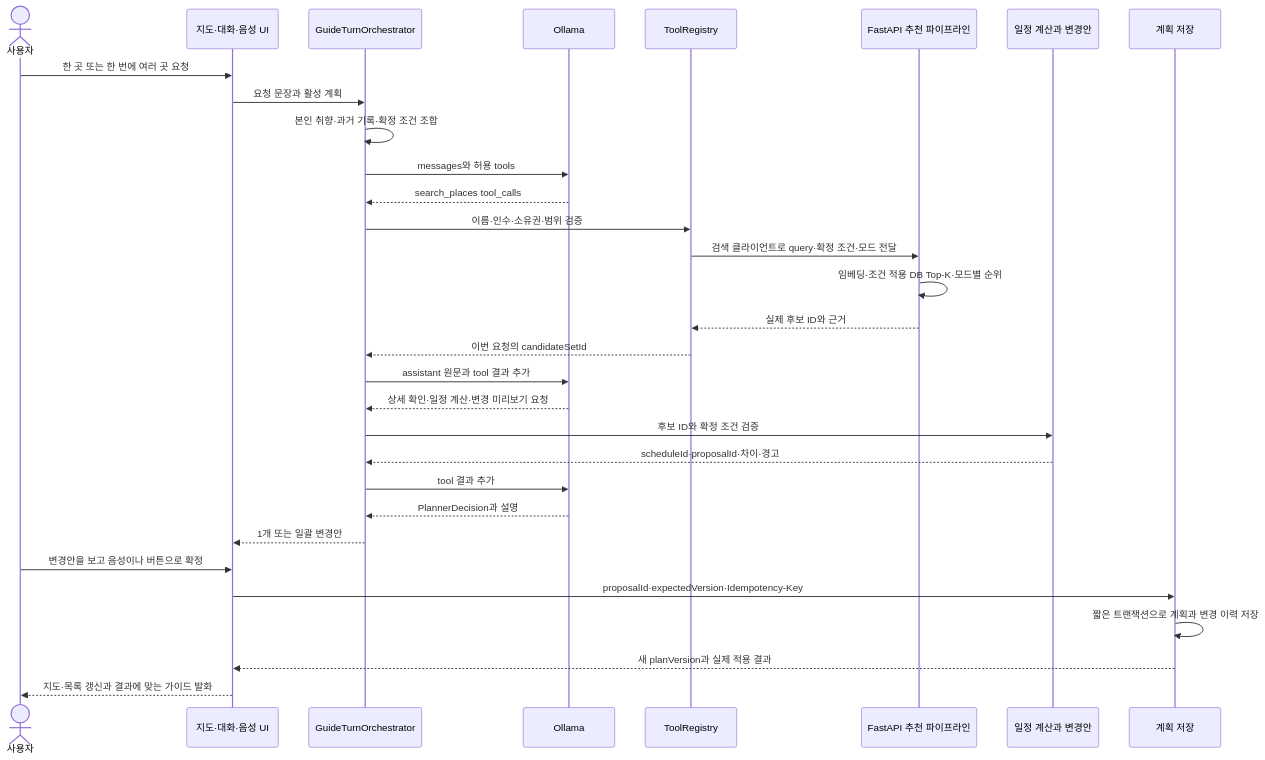
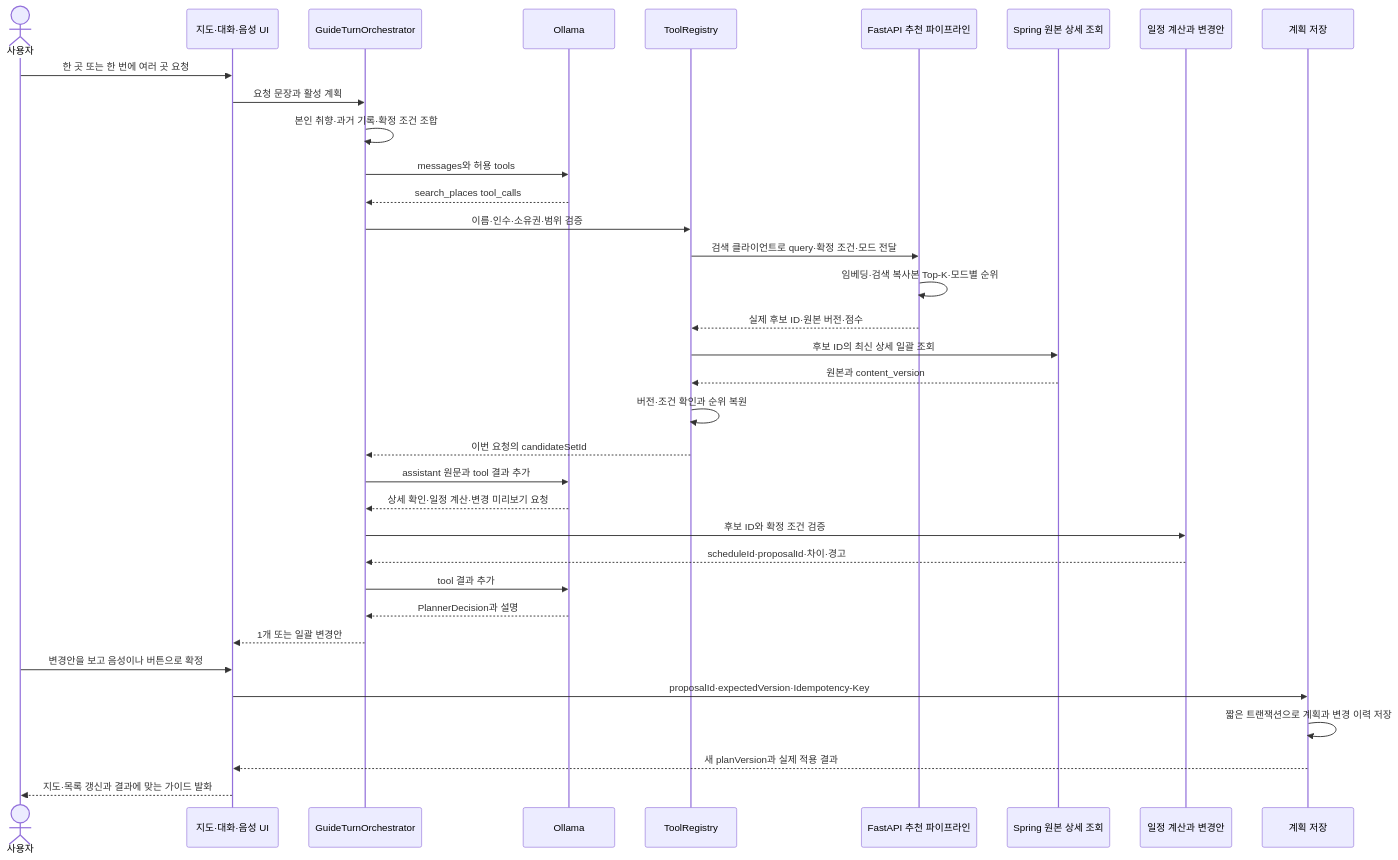
The fifth of 7 diagrams in docs/architecture/personal-tour-guide.md (yollo4179/TravelMate), drawn with Mermaid before and after one commit. The commit also changed other lines of this file and 7 other files, not shown here.

````diff
--- a/docs/architecture/personal-tour-guide.md
+++ b/docs/architecture/personal-tour-guide.md
@@ -192,33 +210,37 @@
 ```mermaid
 sequenceDiagram
     actor User as 사용자
     participant App as 지도·대화·음성 UI
     participant Server as GuideTurnOrchestrator
     participant LLM as Ollama
     participant Tools as ToolRegistry
     participant Search as FastAPI 추천 파이프라인
+    participant Source as Spring 원본 상세 조회
     participant Preview as 일정 계산과 변경안
     participant Store as 계획 저장
     User->>App: 한 곳 또는 한 번에 여러 곳 요청
     App->>Server: 요청 문장과 활성 계획
     Server->>Server: 본인 취향·과거 기록·확정 조건 조합
     Server->>LLM: messages와 허용 tools
     LLM-->>Server: search_places tool_calls
     Server->>Tools: 이름·인수·소유권·범위 검증
     Tools->>Search: 검색 클라이언트로 query·확정 조건·모드 전달
-    Search->>Search: 임베딩·조건 적용 DB Top-K·모드별 순위
-    Search-->>Tools: 실제 후보 ID와 근거
+    Search->>Search: 임베딩·검색 복사본 Top-K·모드별 순위
+    Search-->>Tools: 실제 후보 ID·원본 버전·점수
+    Tools->>Source: 후보 ID의 최신 상세 일괄 조회
+    Source-->>Tools: 원본과 content_version
+    Tools->>Tools: 버전·조건 확인과 순위 복원
     Tools-->>Server: 이번 요청의 candidateSetId
     Server->>LLM: assistant 원문과 tool 결과 추가
     LLM-->>Server: 상세 확인·일정 계산·변경 미리보기 요청
     Server->>Preview: 후보 ID와 확정 조건 검증
     Preview-->>Server: scheduleId·proposalId·차이·경고
     Server->>LLM: tool 결과 추가
     LLM-->>Server: PlannerDecision과 설명
     Server-->>App: 1개 또는 일괄 변경안
     User->>App: 변경안을 보고 음성이나 버튼으로 확정
     App->>Store: proposalId·expectedVersion·Idempotency-Key
     Store->>Store: 짧은 트랜잭션으로 계획과 변경 이력 저장
     Store-->>App: 새 planVersion과 실제 적용 결과
     App-->>User: 지도·목록 갱신과 결과에 맞는 가이드 발화
 ```
````
